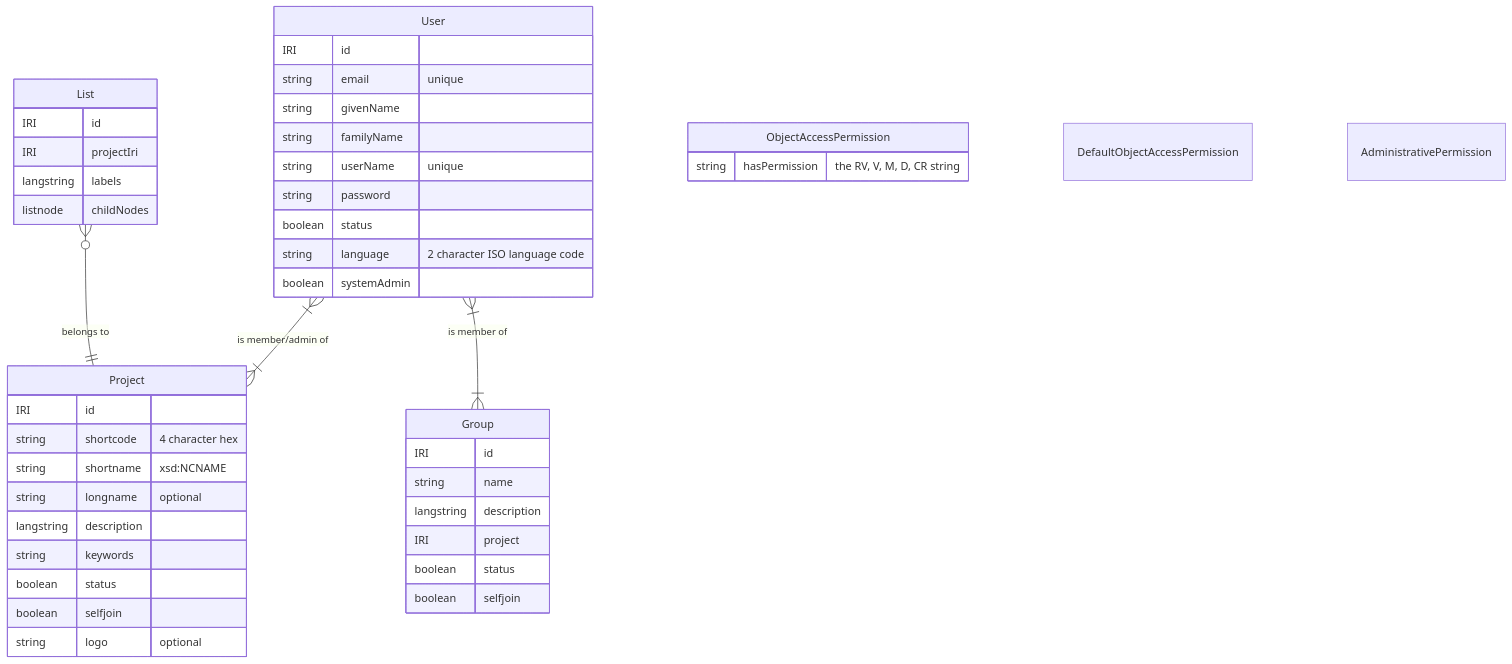
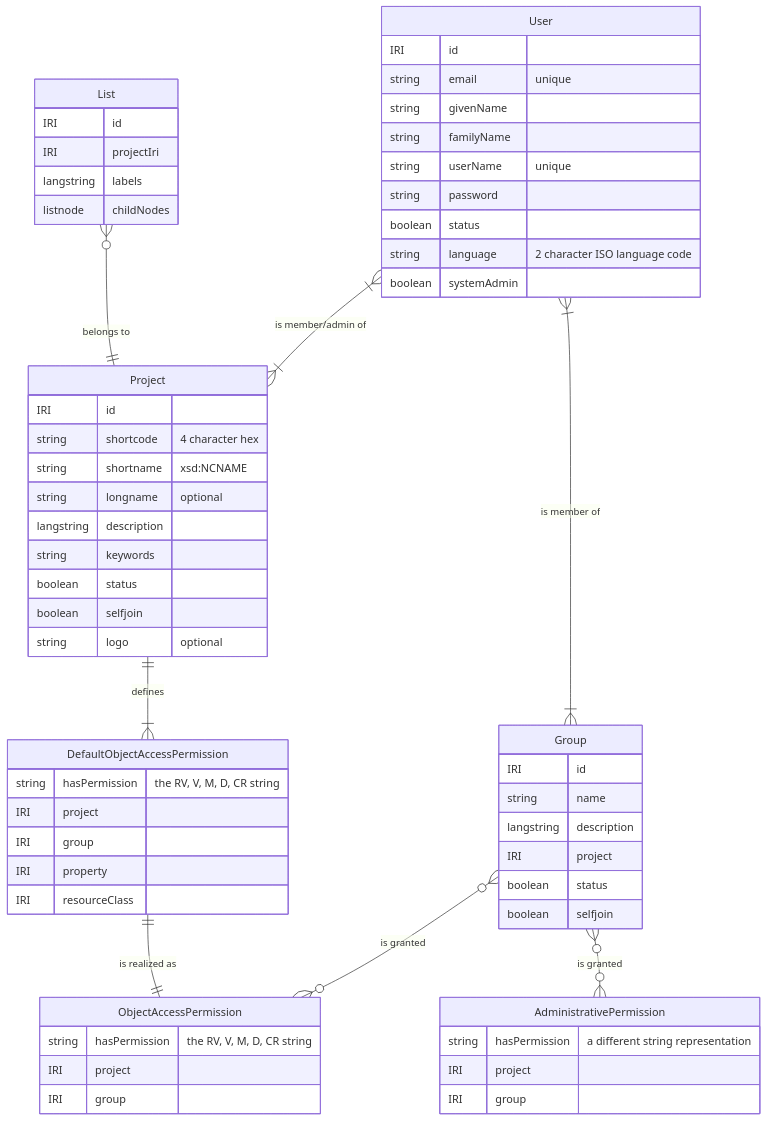
Before and after one commit to dasch-swiss/dsp-api: the second of 3 diagrams in docs/architecture/docs/domain-model.md, drawn with Mermaid. The commit also changed other lines of this file, not shown here.

Commit message:
continue on diagrams

````diff
--- a/docs/architecture/docs/domain-model.md
+++ b/docs/architecture/docs/domain-model.md
@@ -13,52 +13,67 @@
 ```mermaid
 erDiagram
     User {
         IRI id
         string email "unique"
         string givenName
         string familyName
         string userName "unique"
         string password
         boolean status
         string language "2 character ISO language code"
         boolean systemAdmin
     }
 
     Project {
         IRI id
         string shortcode "4 character hex"
         string shortname "xsd:NCNAME"
         string longname "optional"
         langstring description
         string keywords
         boolean status
         boolean selfjoin
         string logo "optional"
     }
 
     Group {
         IRI id
         string name
         langstring description
         IRI project
         boolean status
         boolean selfjoin
     }
 
     List {
         IRI id
         IRI projectIri
         langstring labels
         listnode childNodes
     }
     ObjectAccessPermission {
         string hasPermission "the RV, V, M, D, CR string"
+        IRI project
+        IRI group
     }
-    DefaultObjectAccessPermission
-    AdministrativePermission
+    DefaultObjectAccessPermission {
+        string hasPermission "the RV, V, M, D, CR string"
+        IRI project
+        IRI group
+        IRI property
+        IRI resourceClass
+    }
+    AdministrativePermission {
+        string hasPermission "a different string representation"
+        IRI project
+        IRI group
+    }
 
     User }|--|{ Project: "is member/admin of"
     User }|--|{ Group: "is member of"
     List }o--|| Project: "belongs to"
-    
+    Project ||--|{ DefaultObjectAccessPermission: defines
+    Group }o--o{ AdministrativePermission: "is granted"
+    Group }o--o{ ObjectAccessPermission: "is granted"
+    DefaultObjectAccessPermission ||--|| ObjectAccessPermission: "is realized as"
 ```
````
